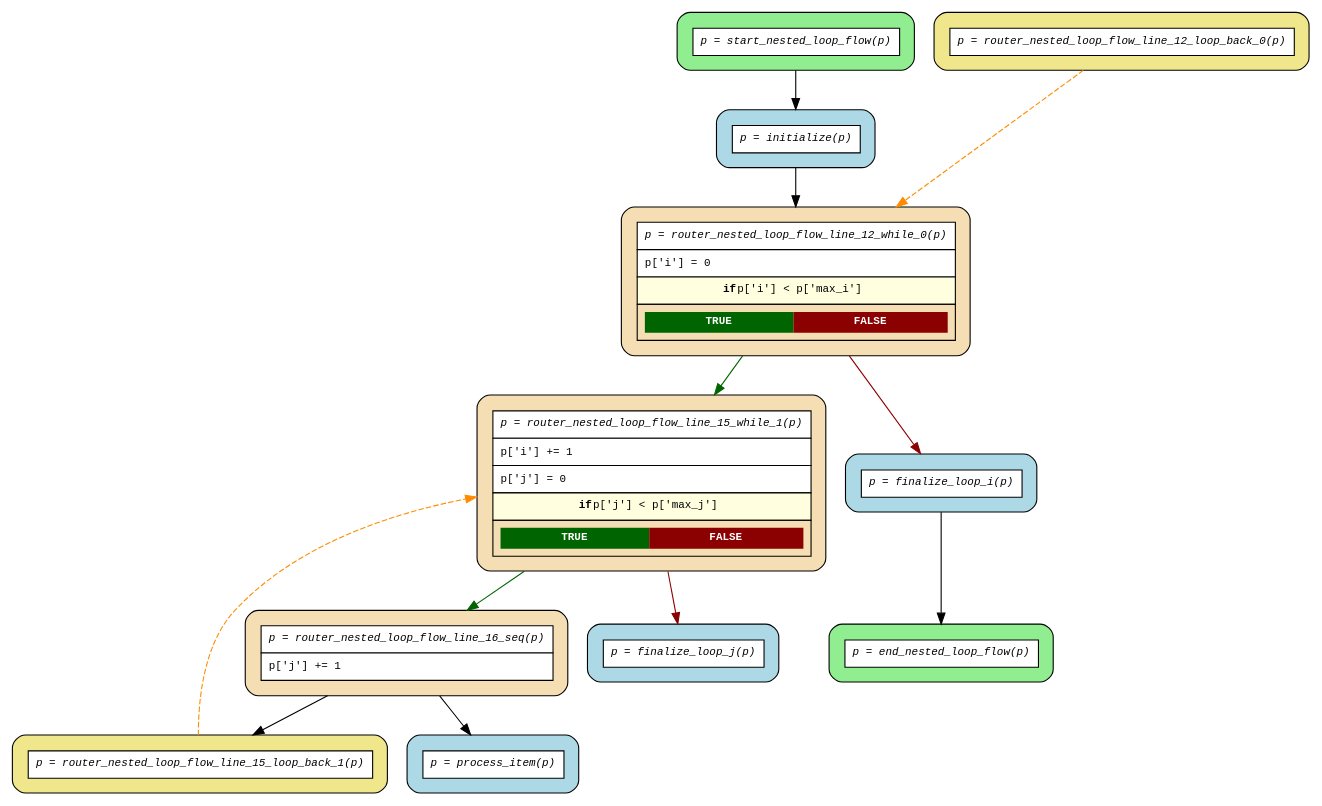
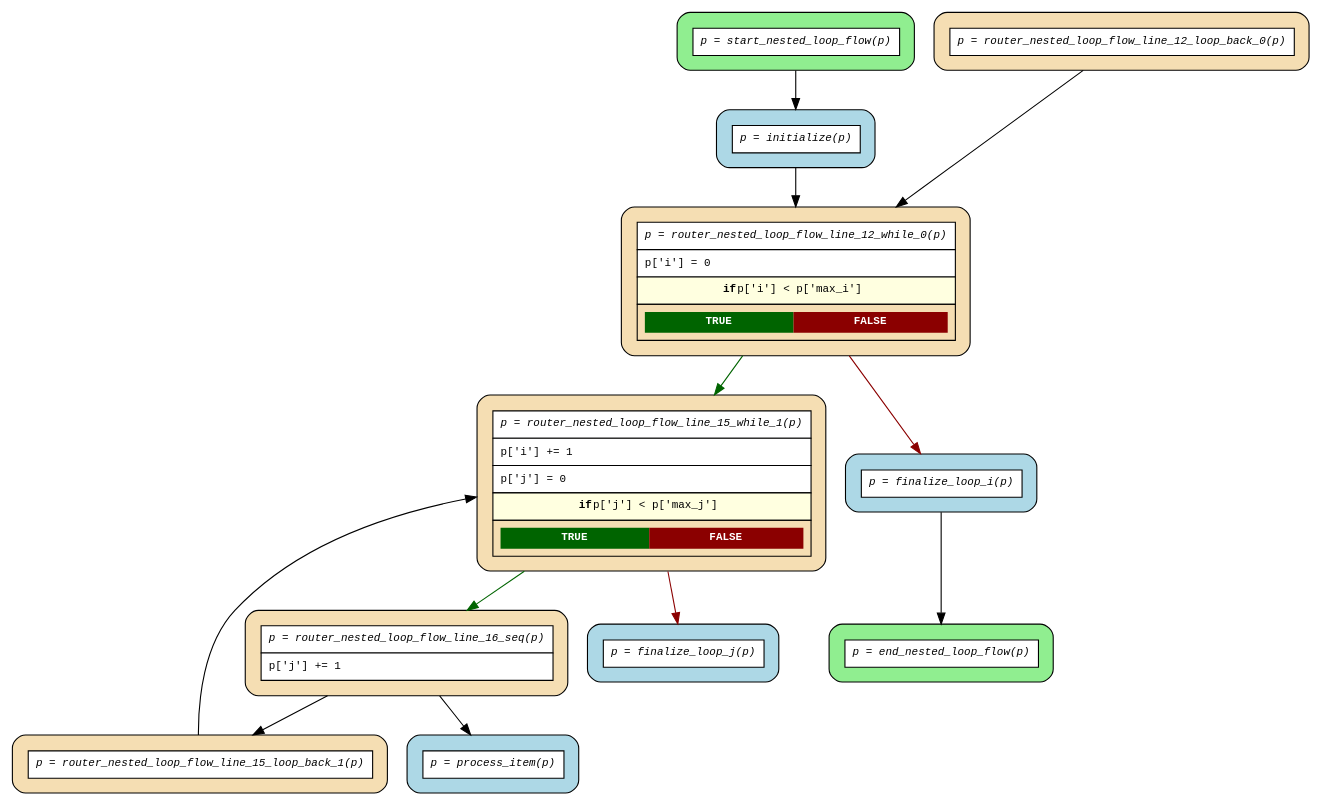
One commit to deliveryhero/asya changed the diagram in examples/flows/compiled/while_nested_loop/flow.dot. Above: the diagram before and after it, drawn with Graphviz. The commit also changed 27 other files, not shown here.

```diff
--- a/examples/flows/compiled/while_nested_loop/flow.dot
+++ b/examples/flows/compiled/while_nested_loop/flow.dot
@@ -1,30 +1,30 @@
 digraph flow {
   rankdir=TB;
   graph [fontname="Courier", fontsize=10];
   node [fontname="Courier", fontsize=10, shape=box, style="filled,rounded", margin="0.2"];
   edge [fontname="Courier", fontsize=10];
 
   start_nested_loop_flow [fillcolor="lightgreen", label=<<table border="0" cellspacing="0" cellpadding="6" cellborder="1"><tr><td bgcolor="white" align="center"><i>p = start_nested_loop_flow(p)</i></td></tr></table>>];
   router_nested_loop_flow_line_16_seq [fillcolor="wheat", label=<<table border="0" cellspacing="0" cellpadding="6" cellborder="1"><tr><td bgcolor="white" align="center"><i>p = router_nested_loop_flow_line_16_seq(p)</i></td></tr><tr><td bgcolor="white" align="left">p['j'] += 1</td></tr></table>>];
-  router_nested_loop_flow_line_15_loop_back_1 [fillcolor="khaki", label=<<table border="0" cellspacing="0" cellpadding="6" cellborder="1"><tr><td bgcolor="white" align="center"><i>p = router_nested_loop_flow_line_15_loop_back_1(p)</i></td></tr></table>>];
+  router_nested_loop_flow_line_15_loop_back_1 [fillcolor="wheat", label=<<table border="0" cellspacing="0" cellpadding="6" cellborder="1"><tr><td bgcolor="white" align="center"><i>p = router_nested_loop_flow_line_15_loop_back_1(p)</i></td></tr></table>>];
   router_nested_loop_flow_line_15_while_1 [fillcolor="wheat", label=<<table border="0" cellspacing="0" cellpadding="6" cellborder="1"><tr><td bgcolor="white" align="center"><i>p = router_nested_loop_flow_line_15_while_1(p)</i></td></tr><tr><td bgcolor="white" align="left">p['i'] += 1</td></tr><tr><td bgcolor="white" align="left">p['j'] = 0</td></tr><tr><td bgcolor="lightyellow"><b>if</b> p['j'] &lt; p['max_j']</td></tr><tr><td><table border="0" cellspacing="0" cellpadding="4"><tr><td bgcolor="darkgreen"><font color="white"><b>TRUE</b></font></td><td bgcolor="darkred"><font color="white"><b>FALSE</b></font></td></tr></table></td></tr></table>>];
-  router_nested_loop_flow_line_12_loop_back_0 [fillcolor="khaki", label=<<table border="0" cellspacing="0" cellpadding="6" cellborder="1"><tr><td bgcolor="white" align="center"><i>p = router_nested_loop_flow_line_12_loop_back_0(p)</i></td></tr></table>>];
+  router_nested_loop_flow_line_12_loop_back_0 [fillcolor="wheat", label=<<table border="0" cellspacing="0" cellpadding="6" cellborder="1"><tr><td bgcolor="white" align="center"><i>p = router_nested_loop_flow_line_12_loop_back_0(p)</i></td></tr></table>>];
   router_nested_loop_flow_line_12_while_0 [fillcolor="wheat", label=<<table border="0" cellspacing="0" cellpadding="6" cellborder="1"><tr><td bgcolor="white" align="center"><i>p = router_nested_loop_flow_line_12_while_0(p)</i></td></tr><tr><td bgcolor="white" align="left">p['i'] = 0</td></tr><tr><td bgcolor="lightyellow"><b>if</b> p['i'] &lt; p['max_i']</td></tr><tr><td><table border="0" cellspacing="0" cellpadding="4"><tr><td bgcolor="darkgreen"><font color="white"><b>TRUE</b></font></td><td bgcolor="darkred"><font color="white"><b>FALSE</b></font></td></tr></table></td></tr></table>>];
   end_nested_loop_flow [fillcolor="lightgreen", label=<<table border="0" cellspacing="0" cellpadding="6" cellborder="1"><tr><td bgcolor="white" align="center"><i>p = end_nested_loop_flow(p)</i></td></tr></table>>];
   finalize_loop_i [fillcolor="lightblue", label=<<table border="0" cellspacing="0" cellpadding="6" cellborder="1"><tr><td bgcolor="white" align="center"><i>p = finalize_loop_i(p)</i></td></tr></table>>];
   finalize_loop_j [fillcolor="lightblue", label=<<table border="0" cellspacing="0" cellpadding="6" cellborder="1"><tr><td bgcolor="white" align="center"><i>p = finalize_loop_j(p)</i></td></tr></table>>];
   initialize [fillcolor="lightblue", label=<<table border="0" cellspacing="0" cellpadding="6" cellborder="1"><tr><td bgcolor="white" align="center"><i>p = initialize(p)</i></td></tr></table>>];
   process_item [fillcolor="lightblue", label=<<table border="0" cellspacing="0" cellpadding="6" cellborder="1"><tr><td bgcolor="white" align="center"><i>p = process_item(p)</i></td></tr></table>>];
 
   finalize_loop_i -> end_nested_loop_flow;
   initialize -> router_nested_loop_flow_line_12_while_0;
-  router_nested_loop_flow_line_12_loop_back_0 -> router_nested_loop_flow_line_12_while_0 [style=dashed, color=darkorange, constraint=false];
+  router_nested_loop_flow_line_12_loop_back_0 -> router_nested_loop_flow_line_12_while_0 [constraint=false];
   router_nested_loop_flow_line_12_while_0 -> finalize_loop_i [color=darkred];
   router_nested_loop_flow_line_12_while_0 -> router_nested_loop_flow_line_15_while_1 [color=darkgreen];
-  router_nested_loop_flow_line_15_loop_back_1 -> router_nested_loop_flow_line_15_while_1 [style=dashed, color=darkorange, constraint=false];
+  router_nested_loop_flow_line_15_loop_back_1 -> router_nested_loop_flow_line_15_while_1 [constraint=false];
   router_nested_loop_flow_line_15_while_1 -> finalize_loop_j [color=darkred];
   router_nested_loop_flow_line_15_while_1 -> router_nested_loop_flow_line_16_seq [color=darkgreen];
   router_nested_loop_flow_line_16_seq -> process_item;
   router_nested_loop_flow_line_16_seq -> router_nested_loop_flow_line_15_loop_back_1;
   start_nested_loop_flow -> initialize;
 }
```
